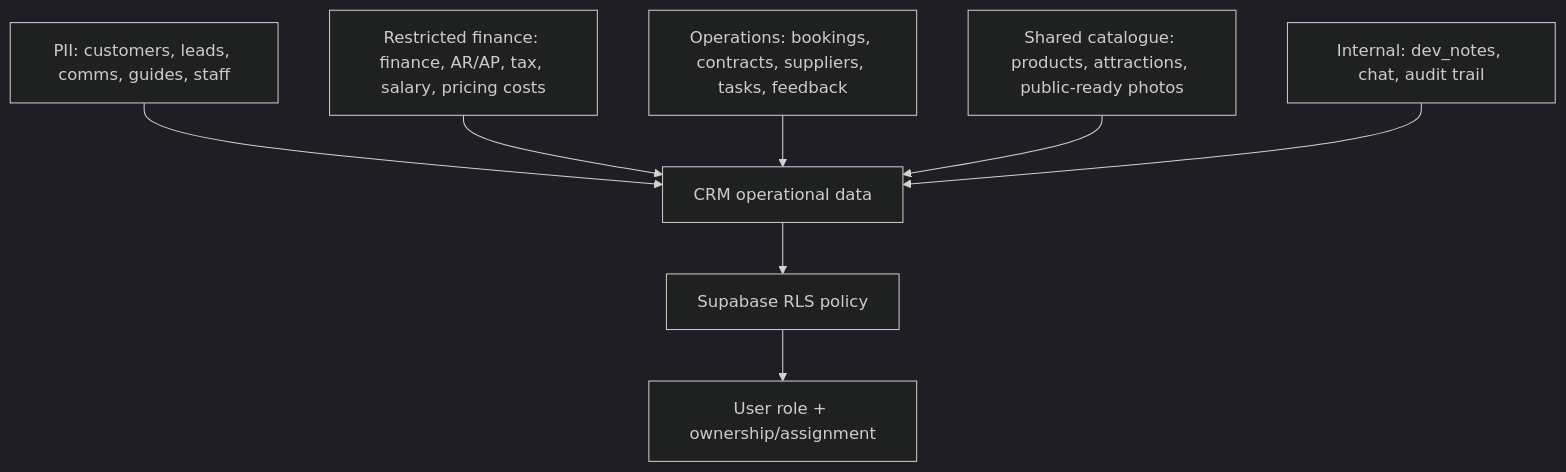
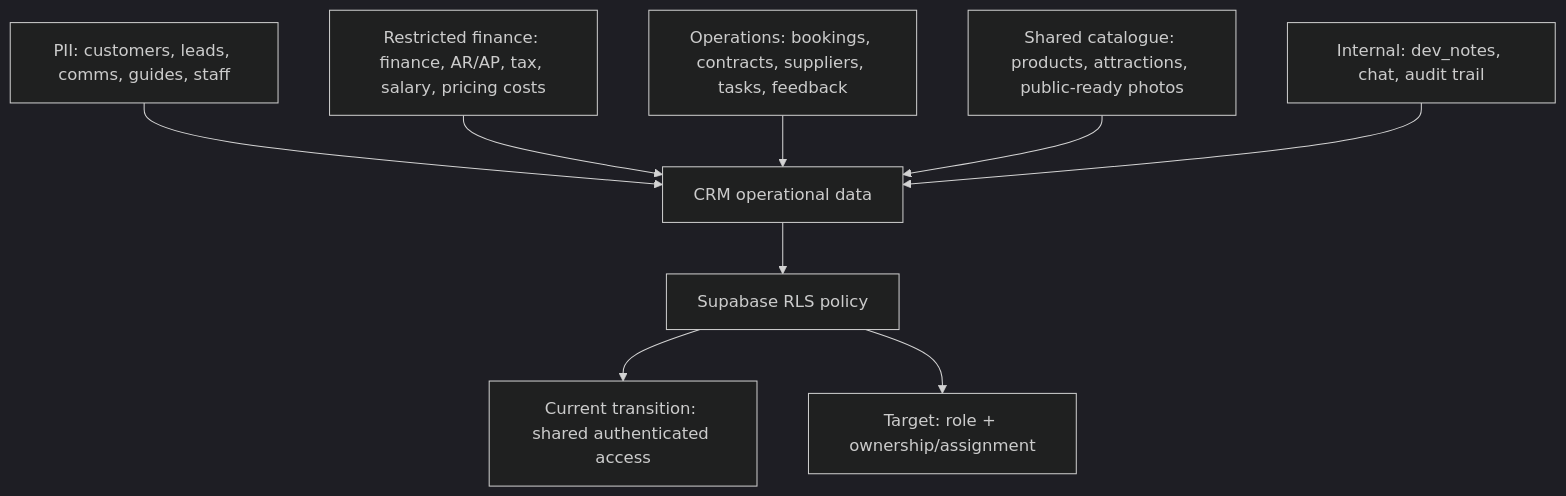
The ninth of 10 diagrams in docs/GRAPHRAG-MEMORY.md (ThanhBinhAG/TheAntAdventure), drawn with Mermaid (dark theme) before and after one commit. The commit also changed other lines of this file and 36 other files, not shown here.

Commit message:
feat: Implement user permissions management in CRM; add PermissionsProvider and PermissionGate components for centralized access control; enhance layout and page components to utilize permissions; update API routes for permission checks and documentation.

````diff
--- a/docs/GRAPHRAG-MEMORY.md
+++ b/docs/GRAPHRAG-MEMORY.md
@@ -298,10 +303,11 @@
 ```mermaid
 flowchart TB
   PII[PII: customers, leads, comms, guides, staff] --> CRM[CRM operational data]
   MONEY[Restricted finance: finance, AR/AP, tax, salary, pricing costs] --> CRM
   OPS[Operations: bookings, contracts, suppliers, tasks, feedback] --> CRM
   CAT[Shared catalogue: products, attractions, public-ready photos] --> CRM
   INTERNAL[Internal: dev_notes, chat, audit trail] --> CRM
   CRM --> RLS[Supabase RLS policy]
-  RLS --> ROLE[User role + ownership/assignment]
+  RLS --> AUTH[Current transition: shared authenticated access]
+  RLS --> ROLE[Target: role + ownership/assignment]
 ```
````
